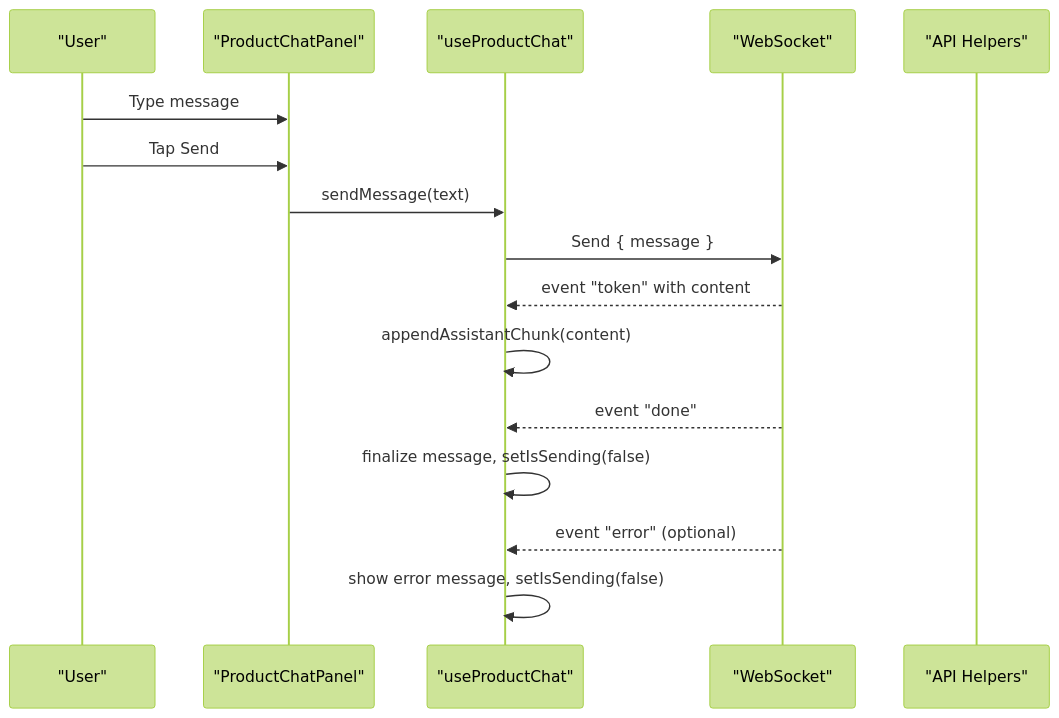
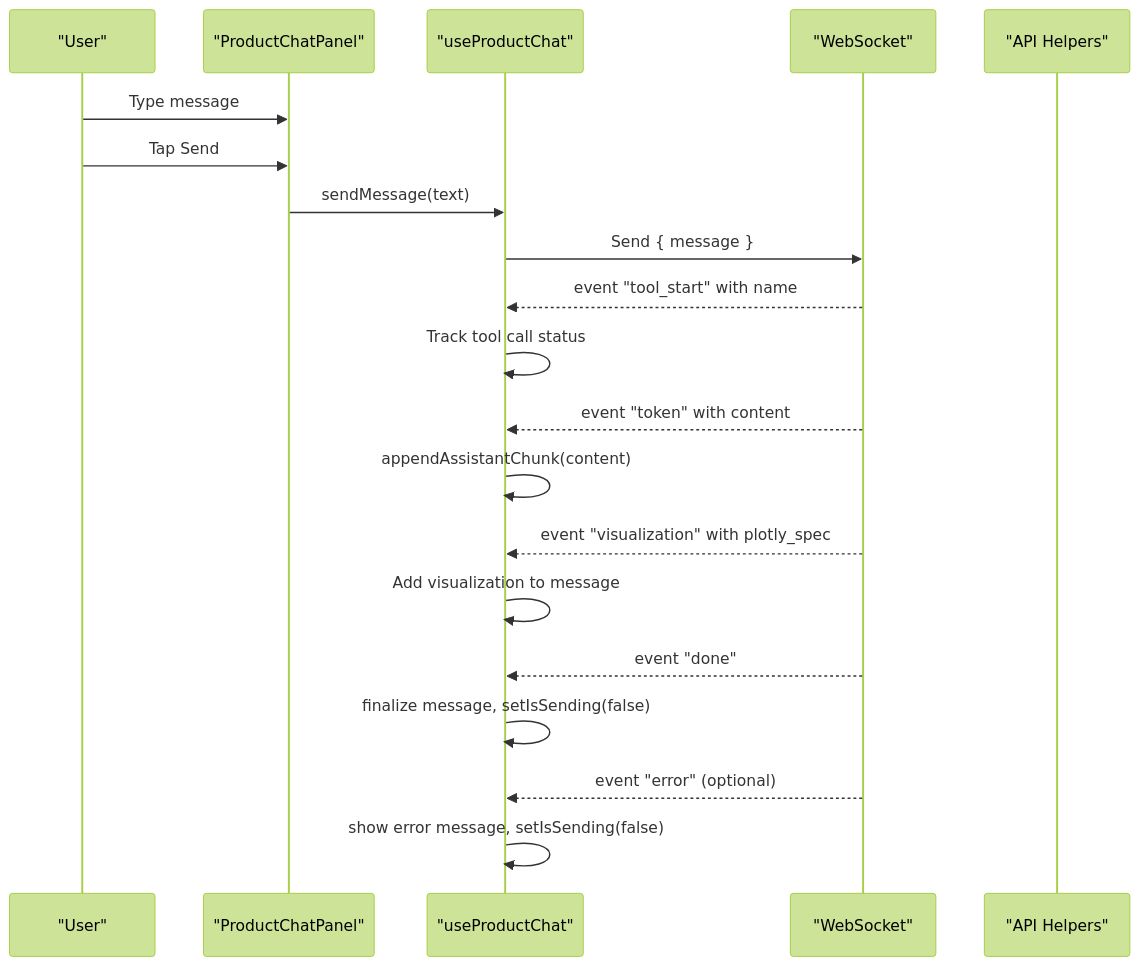
One commit to Muhammad-Masood/tijarah-ai-app changed the third of 4 diagrams in .qoder/repowiki/en/content/AI-Powered Features/Ask Tijarah Chat Interface.md. Above: the diagram before and after it, drawn with Mermaid (forest theme). The commit also changed other lines of this file and 9 other files, not shown here.

````diff
--- a/.qoder/repowiki/en/content/AI-Powered Features/Ask Tijarah Chat Interface.md
+++ b/.qoder/repowiki/en/content/AI-Powered Features/Ask Tijarah Chat Interface.md
@@ -206,18 +261,22 @@
 ```mermaid
 sequenceDiagram
 participant U as "User"
 participant P as "ProductChatPanel"
 participant H as "useProductChat"
 participant W as "WebSocket"
 participant API as "API Helpers"
 U->>P : Type message
 U->>P : Tap Send
 P->>H : sendMessage(text)
 H->>W : Send { message }
+W-->>H : event "tool_start" with name
+H->>H : Track tool call status
 W-->>H : event "token" with content
 H->>H : appendAssistantChunk(content)
+W-->>H : event "visualization" with plotly_spec
+H->>H : Add visualization to message
 W-->>H : event "done"
 H->>H : finalize message, setIsSending(false)
 W-->>H : event "error" (optional)
 H->>H : show error message, setIsSending(false)
 ```
````
